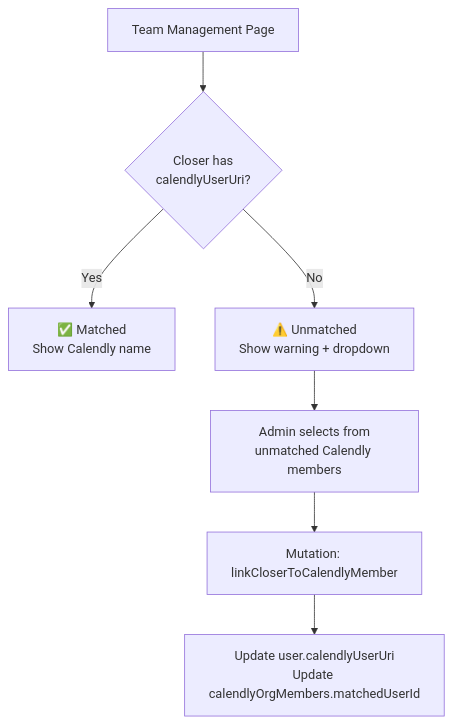
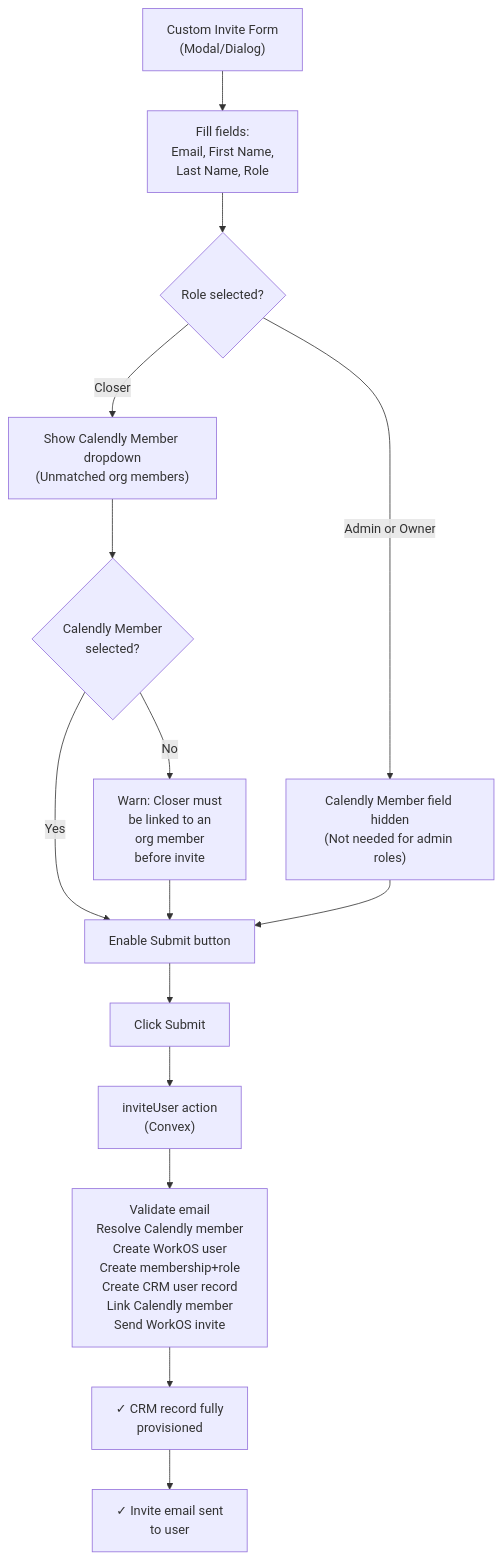
One commit to MagnusVA/magnus-crm changed the third of 12 diagrams in plans/closer-tenant-admin/closer-tenant-admin-design.md. Above: the diagram before and after it, drawn with Mermaid. The commit also changed other lines of this file and 149 other files, not shown here.

````diff
--- a/plans/closer-tenant-admin/closer-tenant-admin-design.md
+++ b/plans/closer-tenant-admin/closer-tenant-admin-design.md
@@ -534,9 +587,18 @@
 ```mermaid
 flowchart TD
-    A[Team Management Page] --> B{Closer has<br/>calendlyUserUri?}
-    B -->|Yes| C[✅ Matched<br/>Show Calendly name]
-    B -->|No| D[⚠️ Unmatched<br/>Show warning + dropdown]
-    D --> E[Admin selects from<br/>unmatched Calendly members]
-    E --> F[Mutation: linkCloserToCalendlyMember]
-    F --> G[Update user.calendlyUserUri<br/>Update calendlyOrgMembers.matchedUserId]
+    A["Custom Invite Form<br/>(Modal/Dialog)"]
+    A --> B["Fill fields:<br/>Email, First Name,<br/>Last Name, Role"]
+    B --> C{Role selected?}
+    C -->|Closer| D["Show Calendly Member dropdown<br/>(Unmatched org members)"]
+    C -->|Admin or Owner| E["Calendly Member field hidden<br/>(Not needed for admin roles)"]
+    D --> F{Calendly Member<br/>selected?}
+    F -->|Yes| G["Enable Submit button"]
+    F -->|No| H["Warn: Closer must<br/>be linked to an<br/>org member<br/>before invite"]
+    E --> G
+    H --> G
+    G --> I["Click Submit"]
+    I --> J["inviteUser action<br/>(Convex)"]
+    J --> K["Validate email<br/>Resolve Calendly member<br/>Create WorkOS user<br/>Create membership+role<br/>Create CRM user record<br/>Link Calendly member<br/>Send WorkOS invite"]
+    K --> L["✓ CRM record fully<br/>provisioned"]
+    L --> M["✓ Invite email sent<br/>to user"]
 ```
````
